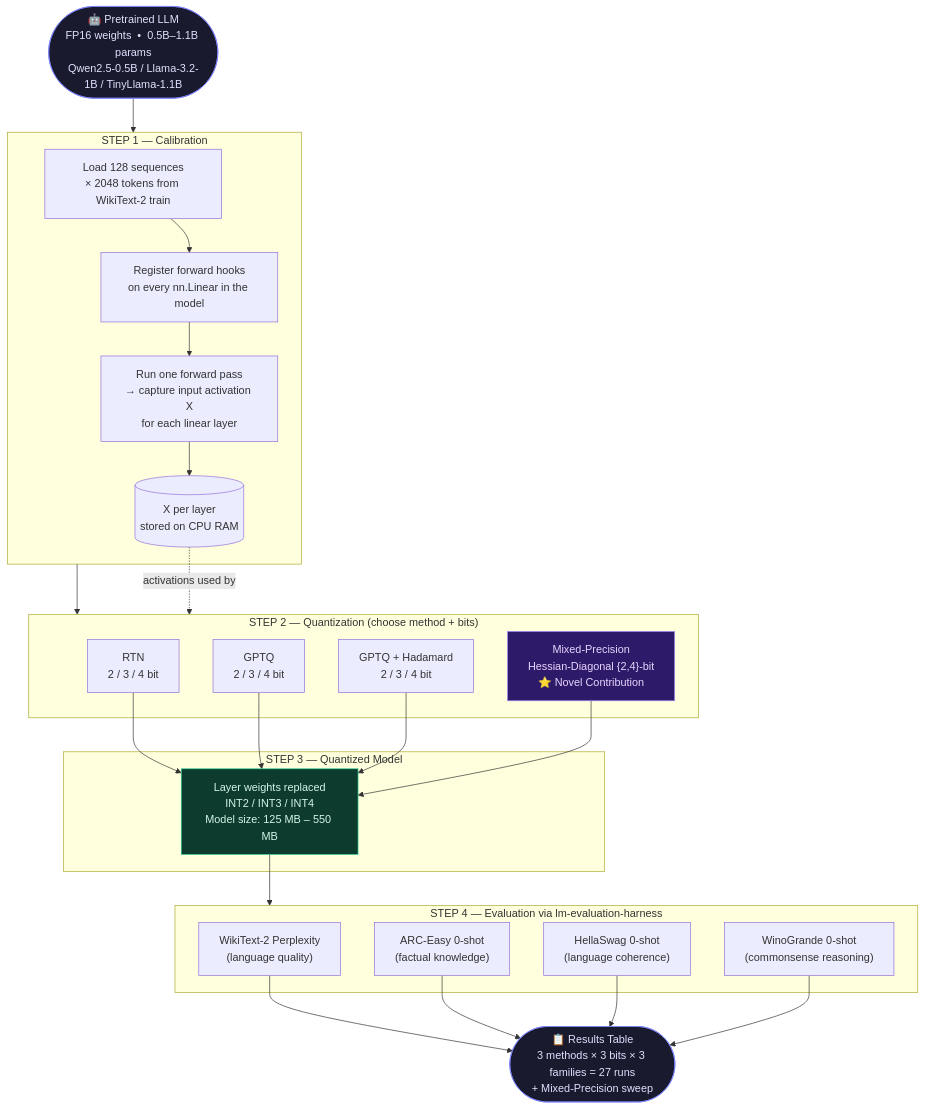
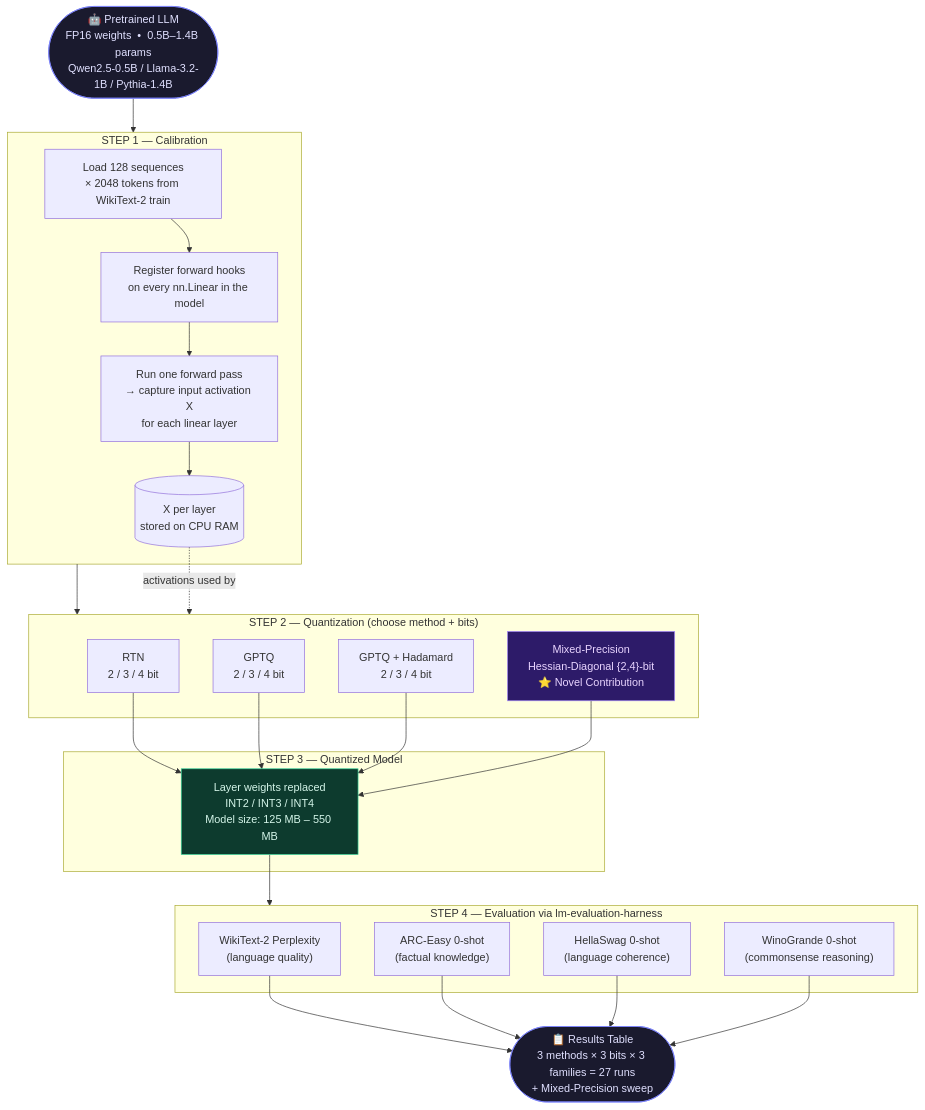
Before and after one commit to itsalam149/final-year-btp: the first of 13 diagrams in README.md, drawn with Mermaid. The commit also changed other lines of this file and 4 other files, not shown here.

Commit message:
Swap TinyLlama for Pythia-1.4B to preserve true Full MHA baseline

````diff
--- a/README.md
+++ b/README.md
@@ -149,44 +149,44 @@
 ```mermaid
 flowchart TD
-    A(["🤖 Pretrained LLM\nFP16 weights  •  0.5B–1.1B params\nQwen2.5-0.5B / Llama-3.2-1B / TinyLlama-1.1B"])
+    A(["🤖 Pretrained LLM\nFP16 weights  •  0.5B–1.4B params\nQwen2.5-0.5B / Llama-3.2-1B / Pythia-1.4B"])
 
     subgraph CAL["STEP 1 — Calibration"]
         B["Load 128 sequences\n× 2048 tokens from WikiText-2 train"]
         C["Register forward hooks\non every nn.Linear in the model"]
         D["Run one forward pass\n→ capture input activation X\nfor each linear layer"]
         E[("X per layer\nstored on CPU RAM")]
         B --> C --> D --> E
     end
 
     subgraph QUANT["STEP 2 — Quantization  (choose method + bits)"]
         F["RTN\n2 / 3 / 4 bit"]
         G["GPTQ\n2 / 3 / 4 bit"]
         H["GPTQ + Hadamard\n2 / 3 / 4 bit"]
         I["Mixed-Precision\nHessian-Diagonal {2,4}-bit\n⭐ Novel Contribution"]
     end
 
     subgraph OUT["STEP 3 — Quantized Model"]
         J["Layer weights replaced\nINT2 / INT3 / INT4\nModel size: 125 MB – 550 MB"]
     end
 
     subgraph EVAL["STEP 4 — Evaluation  via lm-evaluation-harness"]
         K["WikiText-2 Perplexity\n(language quality)"]
         L["ARC-Easy  0-shot\n(factual knowledge)"]
         M["HellaSwag  0-shot\n(language coherence)"]
         N["WinoGrande  0-shot\n(commonsense reasoning)"]
     end
 
     R(["📋 Results Table\n3 methods × 3 bits × 3 families = 27 runs\n+ Mixed-Precision sweep"])
 
     A --> CAL
     CAL --> QUANT
     E -. activations used by .-> QUANT
     F & G & H & I --> J
     J --> EVAL
     K & L & M & N --> R
 
     style A fill:#1a1a2e,color:#e0e0ff,stroke:#7c83fd
     style R fill:#1a1a2e,color:#e0e0ff,stroke:#7c83fd
     style I fill:#2d1b69,color:#e9d5ff,stroke:#a78bfa
     style J fill:#0d3b2e,color:#d4f5e9,stroke:#34d399
 ```
````
